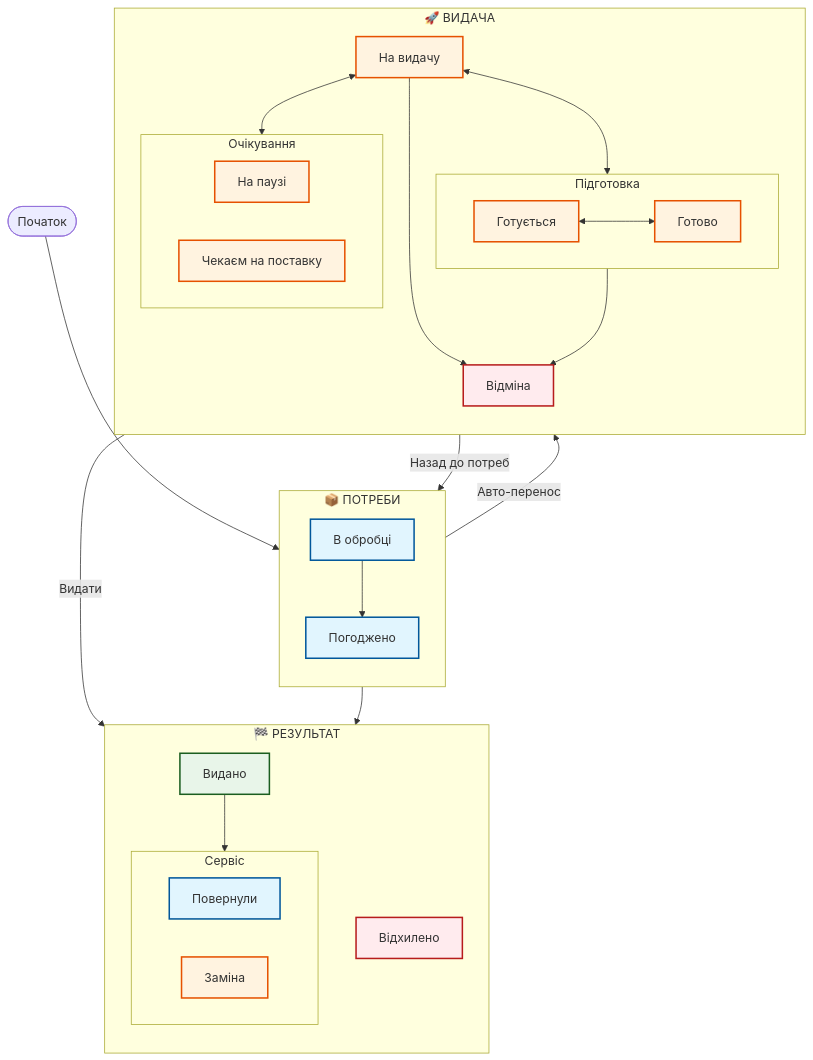
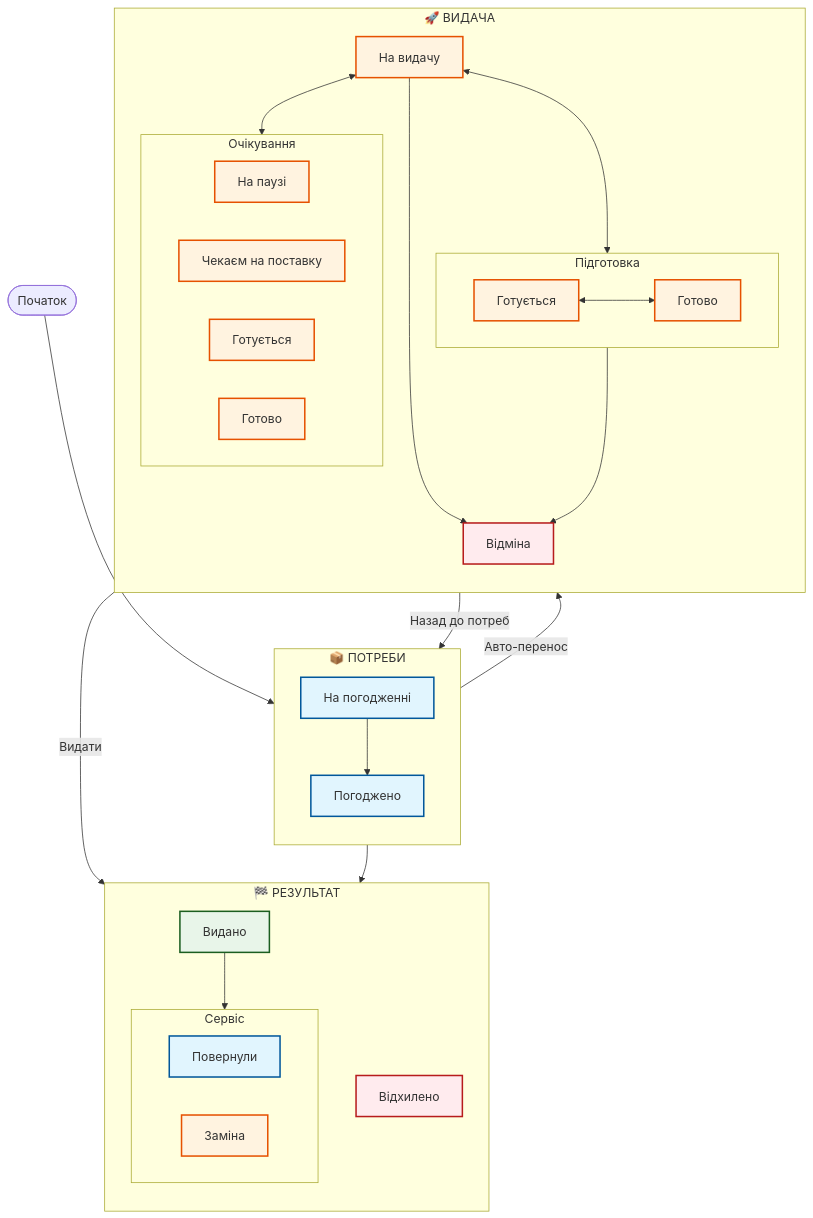
One commit to spectrum-azov/DMI changed the diagram in STATUS_TRANSITIONS.md. Above: the diagram before and after it, drawn with Mermaid. The commit also changed 59 other files, not shown here.

Commit message:
Add Status Graph page with Mermaid flowchart

````diff
--- a/STATUS_TRANSITIONS.md
+++ b/STATUS_TRANSITIONS.md
@@ -12,65 +12,68 @@
 ```mermaid
 flowchart TD
     %% Стилізація вузлів (переносимо вгору для зручності)
     classDef needs fill:#e1f5fe,stroke:#01579b,stroke-width:2px;
     classDef issuance fill:#fff3e0,stroke:#e65100,stroke-width:2px;
     classDef done fill:#e8f5e9,stroke:#1b5e20,stroke-width:2px;
     classDef error fill:#ffebee,stroke:#b71c1c,stroke-width:2px;
 
     %% Початок
     Start([Початок]) --> N1
 
     %% Секція Потреб
     subgraph Needs ["📦 ПОТРЕБИ"]
         direction TB
-        N1["В обробці"]:::needs
+        N1["На погодженні"]:::needs
         N2["Погоджено"]:::needs
         N1 --> N2
     end
 
     %% Секція Видачі
     subgraph Issuance ["🚀 ВИДАЧА"]
         direction TB
         I1["На видачу"]:::issuance
         
         subgraph Prep ["Підготовка"]
             direction LR
             I2["Готується"]:::issuance <--> I3["Готово"]:::issuance
         end
         
         subgraph Wait ["Очікування"]
             direction LR
             I4["На паузі"]:::issuance
             I5["Чекаєм на поставку"]:::issuance
+            I7["Готується"]:::issuance
+            I8["Готово"]:::issuance
         end
         
         I1 <--> Prep
         I1 <--> Wait
         I6["Відміна"]:::error
     end
 
     %% Кінцеві стани
     subgraph Final ["🏁 РЕЗУЛЬТАТ"]
         direction TB
-        F1["Видано"]:::done
-        F2["Відхилено"]:::error
+          F2["Відхилено"]:::error
+           F1["Видано"]:::done
+     
         
         subgraph Post ["Сервіс"]
             direction LR
             F3["Повернули"]:::needs
             F4["Заміна"]:::issuance
         end
     end
 
     %% Основні переходи між блоками
     N1 --> F2
     N2 -- "Авто-перенос" --> I1
     
     I1 -- "Видати" --> F1
     F1 --> Post
     
     %% Повернення/Скасування
     I1 --> I6
     Prep --> I6
     I6 -- "Назад до потреб" --> N1
 ```
````
